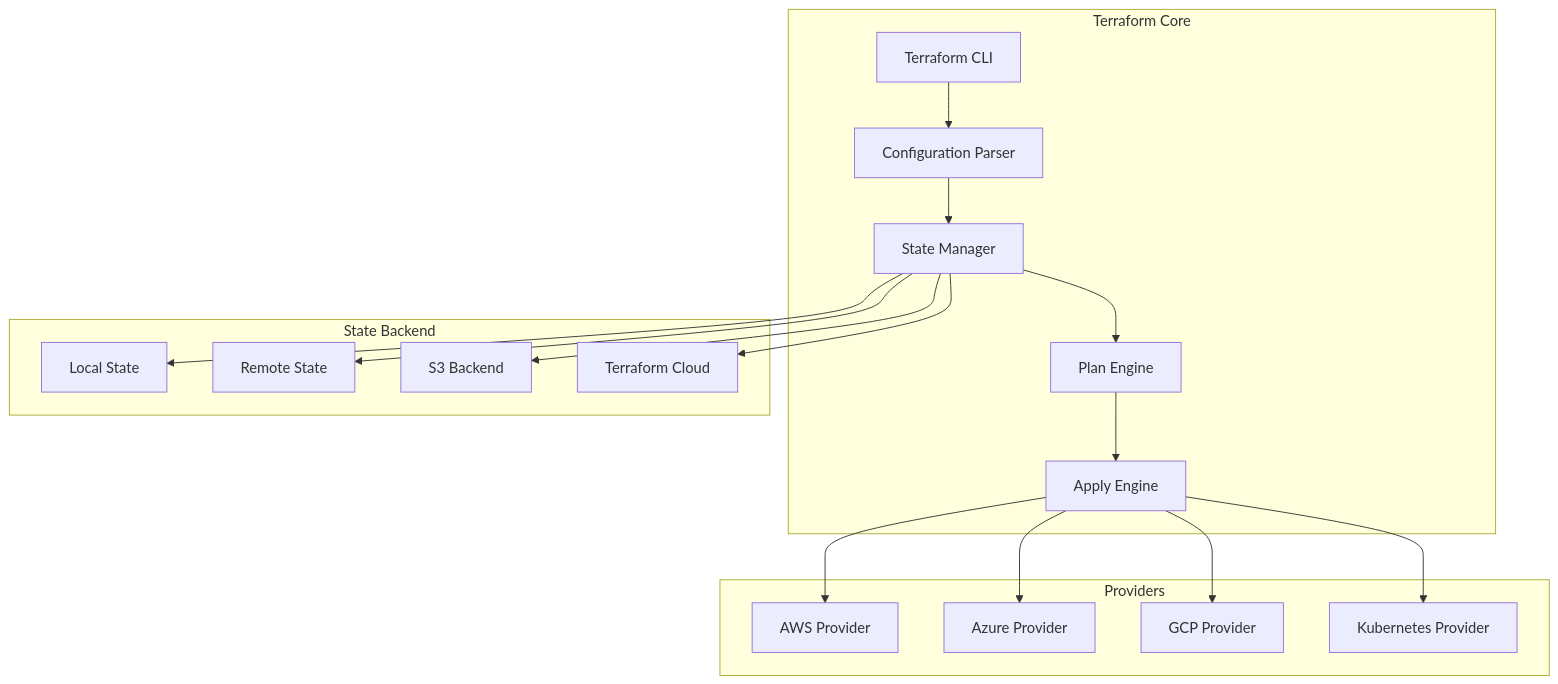
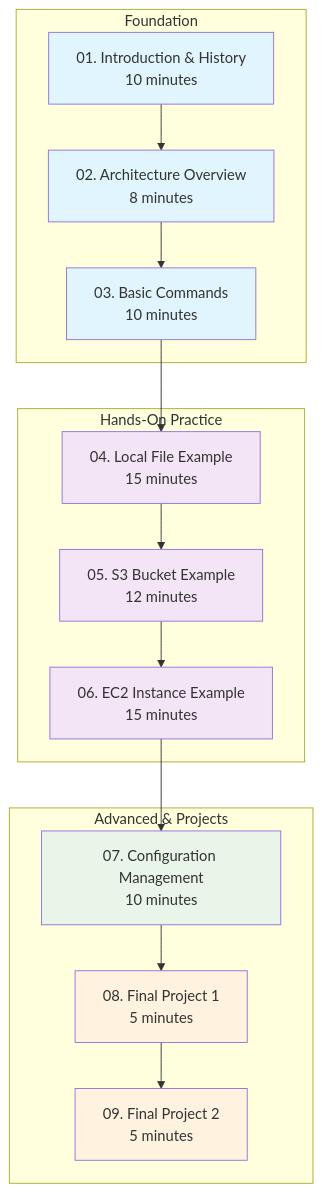
One commit to manikcloud/cloud-devops-learning-path changed the second of 3 diagrams in Section-2-DevOps/Session-8_terraform_and_infra_automation/README.md. Above: the diagram before and after it, drawn with Mermaid. The commit also changed other lines of this file and 45 other files, not shown here.

````diff
--- a/Section-2-DevOps/Session-8_terraform_and_infra_automation/README.md
+++ b/Section-2-DevOps/Session-8_terraform_and_infra_automation/README.md
@@ -93,38 +62,32 @@
 ```mermaid
 graph TB
-    subgraph "Terraform Core"
-        A[Terraform CLI]
-        B[Configuration Parser]
-        C[State Manager]
-        D[Plan Engine]
-        E[Apply Engine]
+    subgraph "Foundation"
+        A[01. Introduction & History<br/>10 minutes]
+        B[02. Architecture Overview<br/>8 minutes]
+        C[03. Basic Commands<br/>10 minutes]
     end
     
-    subgraph "Providers"
-        F[AWS Provider]
-        G[Azure Provider]
-        H[GCP Provider]
-        I[Kubernetes Provider]
+    subgraph "Hands-On Practice"
+        D[04. Local File Example<br/>15 minutes]
+        E[05. S3 Bucket Example<br/>12 minutes]
+        F[06. EC2 Instance Example<br/>15 minutes]
     end
     
-    subgraph "State Backend"
-        J[Local State]
-        K[Remote State]
-        L[S3 Backend]
-        M[Terraform Cloud]
+    subgraph "Advanced & Projects"
+        G[07. Configuration Management<br/>10 minutes]
+        H[08. Final Project 1<br/>5 minutes]
+        I[09. Final Project 2<br/>5 minutes]
     end
     
-    A --> B
-    B --> C
-    C --> D
-    D --> E
-    E --> F
-    E --> G
-    E --> H
-    E --> I
+    A --> B --> C --> D --> E --> F --> G --> H --> I
     
-    C --> J
-    C --> K
-    C --> L
-    C --> M
+    style A fill:#e1f5fe
+    style B fill:#e1f5fe
+    style C fill:#e1f5fe
+    style D fill:#f3e5f5
+    style E fill:#f3e5f5
+    style F fill:#f3e5f5
+    style G fill:#e8f5e8
+    style H fill:#fff3e0
+    style I fill:#fff3e0
 ```
````
